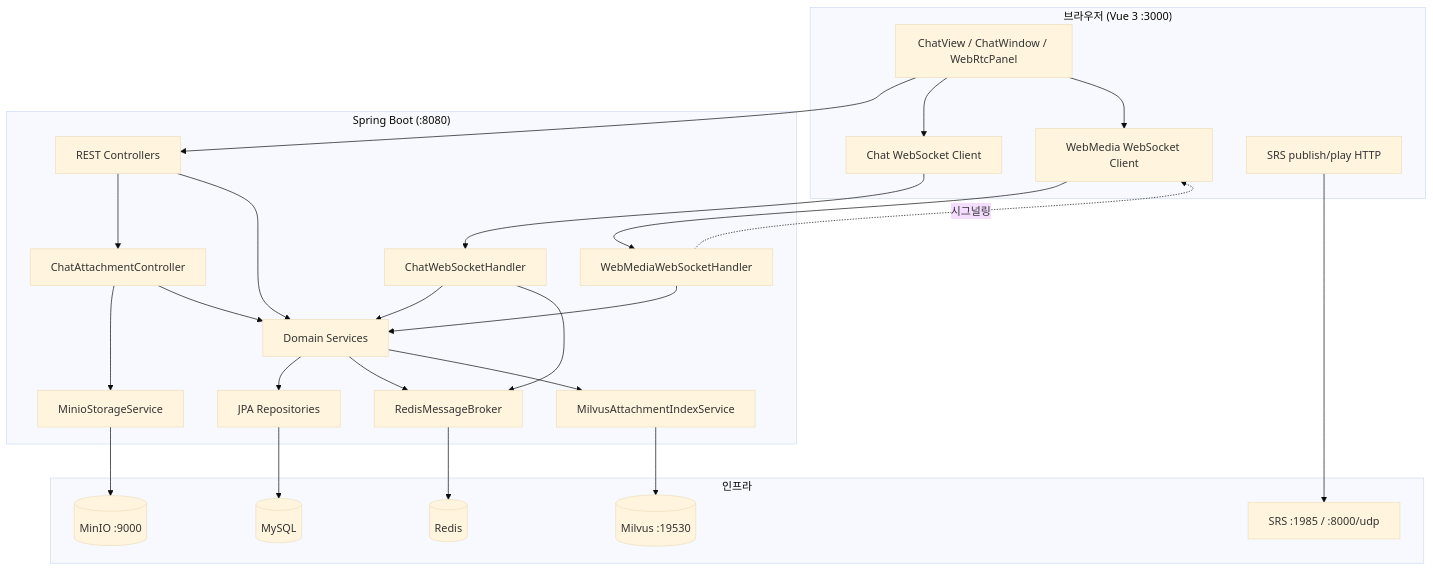
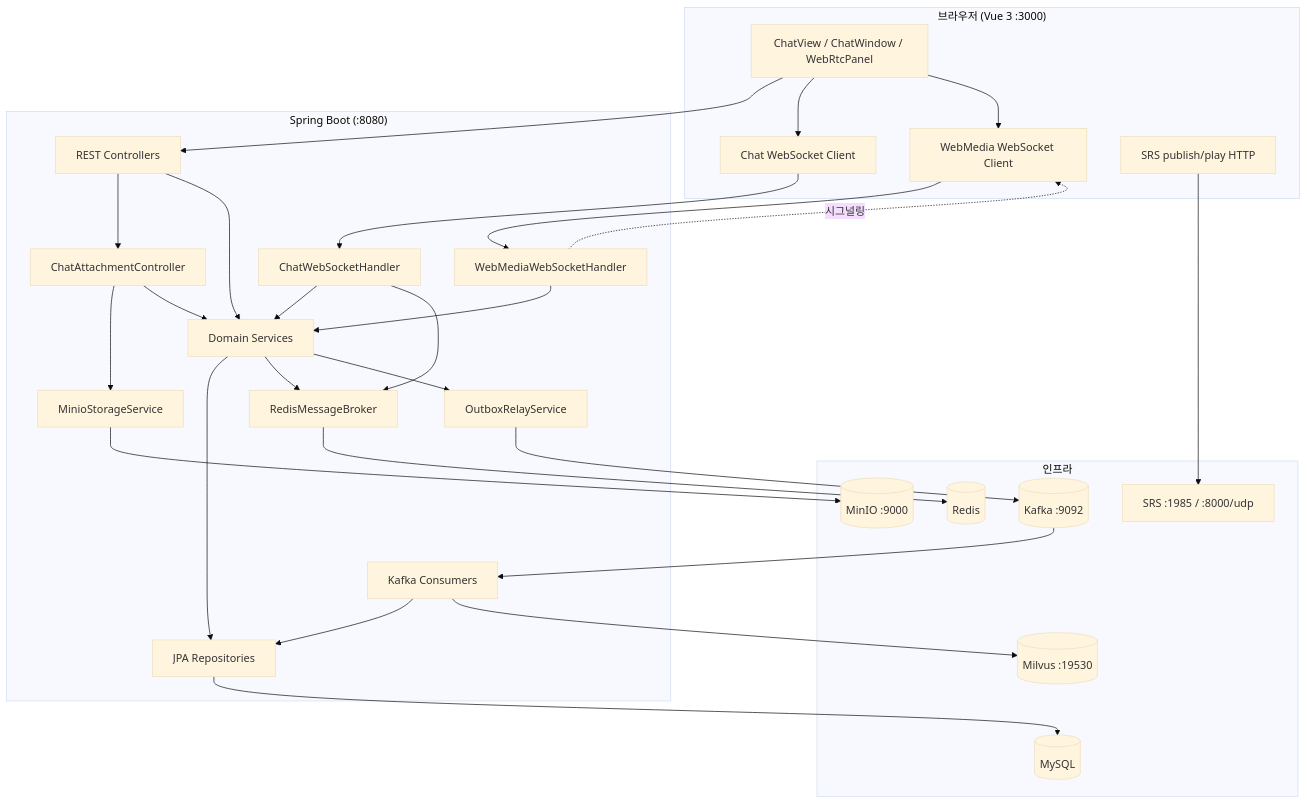
Before and after one commit to skyleedevzero86/studyKotlin: the first of 7 diagrams in ko_chat/README.md, drawn with Mermaid (base theme). The commit also changed other lines of this file and 16 other files, not shown here.

````diff
--- a/ko_chat/README.md
+++ b/ko_chat/README.md
@@ -169,51 +181,56 @@
 ```mermaid
 flowchart TB
     subgraph Client["브라우저 (Vue 3 :3000)"]
         UI[ChatView / ChatWindow / WebRtcPanel]
         ChatWS[Chat WebSocket Client]
         MediaWS[WebMedia WebSocket Client]
         SRSClient[SRS publish/play HTTP]
     end
 
     subgraph Backend["Spring Boot (:8080)"]
         REST[REST Controllers]
         Attach[ChatAttachmentController]
         ChatHandler[ChatWebSocketHandler]
         MediaHandler[WebMediaWebSocketHandler]
         Domain[Domain Services]
         JPA[JPA Repositories]
         RedisBroker[RedisMessageBroker]
+        OutboxRelay[OutboxRelayService]
+        KafkaConsumers[Kafka Consumers]
         MinioSvc[MinioStorageService]
-        MilvusSvc[MilvusAttachmentIndexService]
     end
 
     subgraph Infra["인프라"]
         MySQL[(MySQL)]
         Redis[(Redis)]
+        Kafka[(Kafka :9092)]
         MinIO[(MinIO :9000)]
         Milvus[(Milvus :19530)]
         SRS[SRS :1985 / :8000/udp]
     end
 
     UI --> REST
     UI --> ChatWS
     UI --> MediaWS
     REST --> Attach
     Attach --> MinioSvc
     Attach --> Domain
     MediaWS --> MediaHandler
     ChatWS --> ChatHandler
     REST --> Domain
     ChatHandler --> Domain
     MediaHandler --> Domain
     Domain --> JPA
     Domain --> RedisBroker
-    Domain --> MilvusSvc
+    Domain --> OutboxRelay
+    OutboxRelay --> Kafka
+    Kafka --> KafkaConsumers
+    KafkaConsumers --> JPA
     JPA --> MySQL
     RedisBroker --> Redis
     ChatHandler --> RedisBroker
     MinioSvc --> MinIO
-    MilvusSvc --> Milvus
+    KafkaConsumers --> Milvus
     SRSClient --> SRS
     MediaHandler -.시그널링.-> MediaWS
 ```
````
